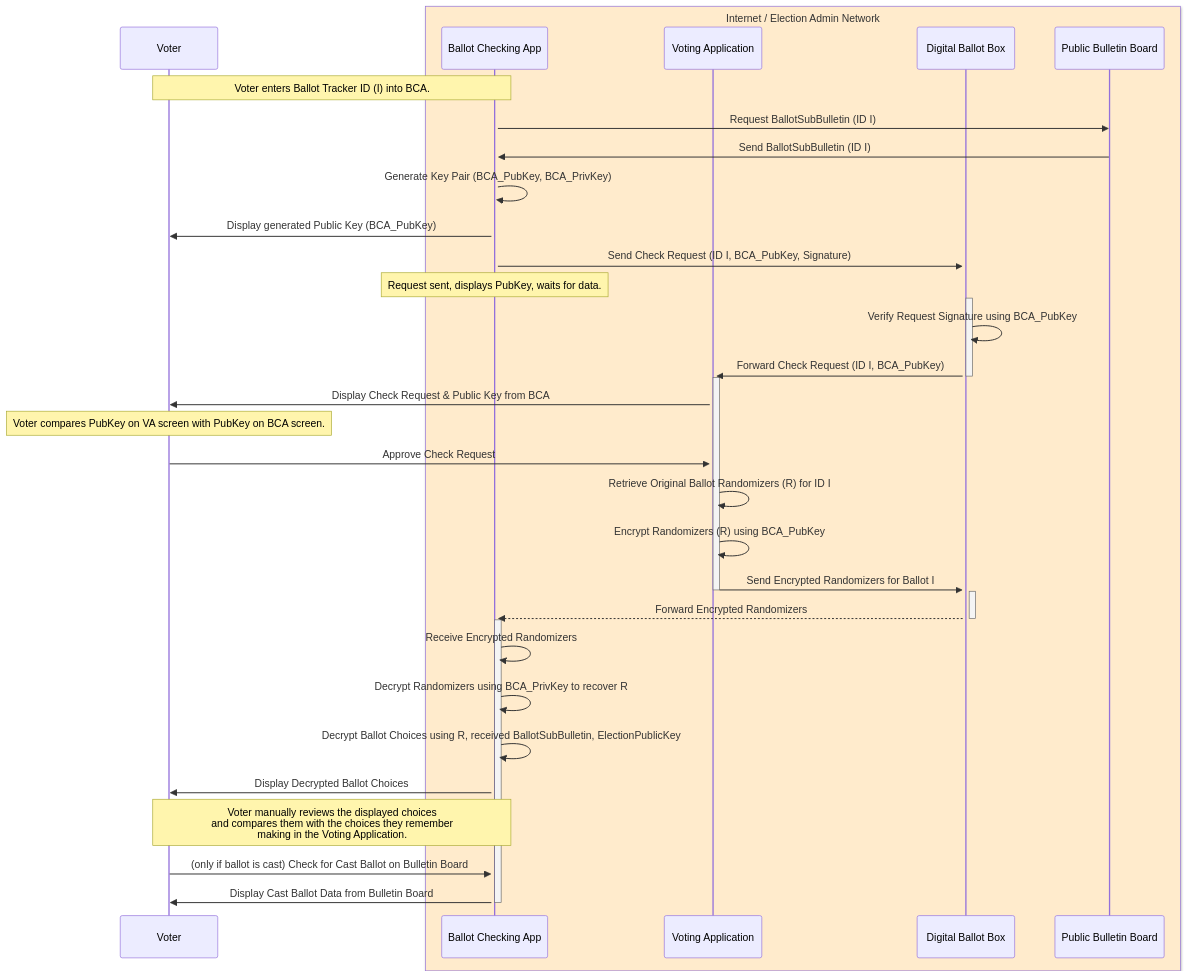
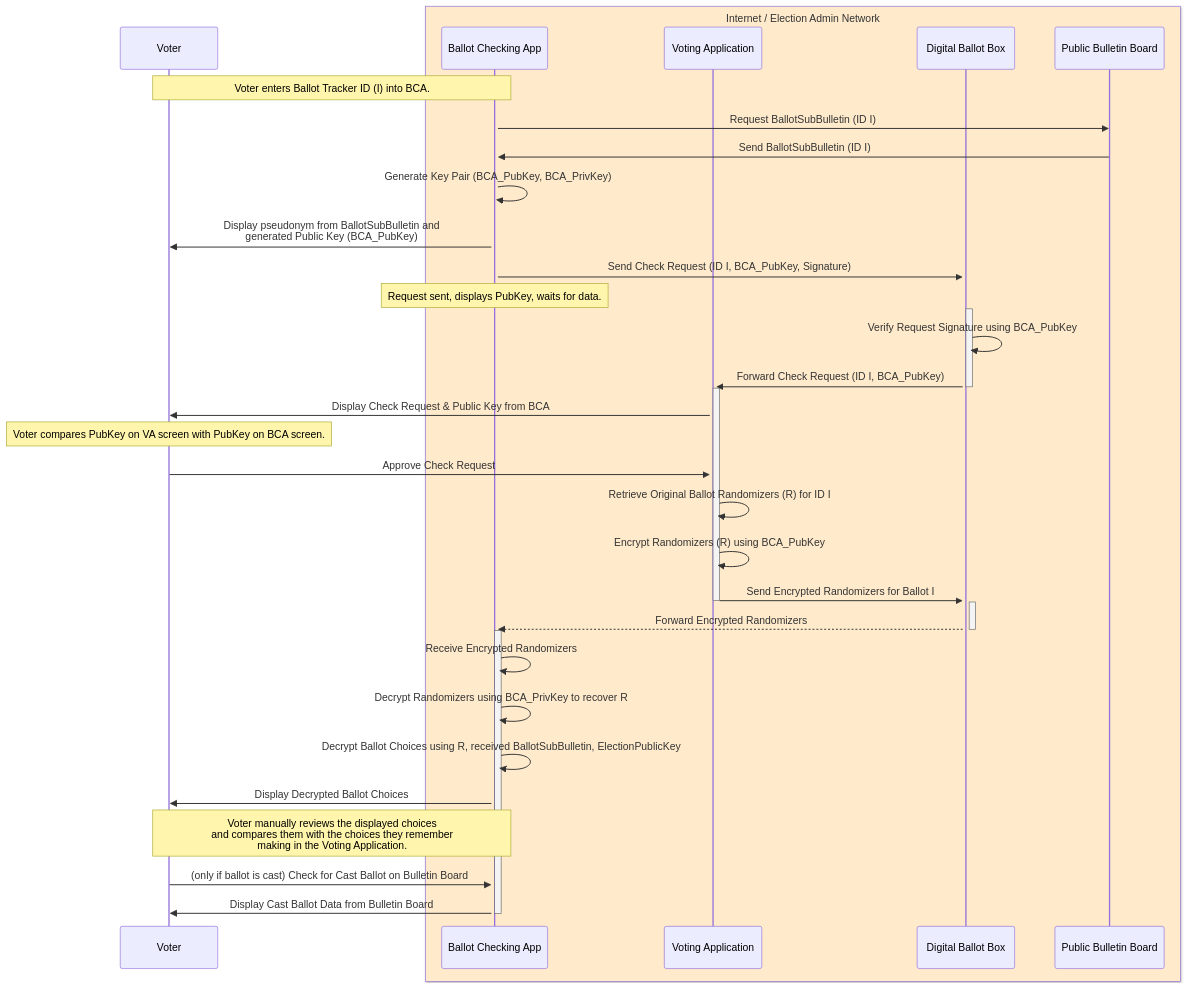
Before and after one commit to FreeAndFair/VoteSecure: the diagram in docs/protocol/diagrams/ballot-check.md, drawn with Mermaid. The commit also changed 8 other files, not shown here.

````diff
--- a/docs/protocol/diagrams/ballot-check.md
+++ b/docs/protocol/diagrams/ballot-check.md
@@ -3,52 +3,52 @@
 ```mermaid
 sequenceDiagram
         participant Voter
     box rgb(255, 235, 204) Internet / Election Admin Network
         participant BCA as Ballot Checking App
         participant VA as Voting Application
         participant DBB as Digital Ballot Box
         participant PBB as Public Bulletin Board
     end
 
     Note over Voter, BCA: Voter enters Ballot Tracker ID (I) into BCA.
     activate BCA
     BCA->>PBB: Request BallotSubBulletin (ID I)
     PBB->>BCA: Send BallotSubBulletin (ID I)
     BCA->>BCA: Generate Key Pair (BCA_PubKey, BCA_PrivKey)
-    BCA->>Voter: Display generated Public Key (BCA_PubKey)
+    BCA->>Voter: Display pseudonym from BallotSubBulletin and<br/>generated Public Key (BCA_PubKey)
     BCA->>+DBB: Send Check Request (ID I, BCA_PubKey, Signature)
     Note over BCA: Request sent, displays PubKey, waits for data.
 
     activate DBB
     DBB->>DBB: Verify Request Signature using BCA_PubKey
     DBB->>+VA: Forward Check Request (ID I, BCA_PubKey)
     deactivate DBB
 
     activate VA
     VA->>Voter: Display Check Request & Public Key from BCA
     Note over Voter: Voter compares PubKey on VA screen with PubKey on BCA screen.
     Voter->>VA: Approve Check Request
     VA->>VA: Retrieve Original Ballot Randomizers (R) for ID I
     VA->>VA: Encrypt Randomizers (R) using BCA_PubKey
     VA->>+DBB: Send Encrypted Randomizers for Ballot I
     deactivate VA
 
     activate DBB
     DBB-->>BCA: Forward Encrypted Randomizers
     deactivate DBB
 
     activate BCA
     BCA->>BCA: Receive Encrypted Randomizers
     BCA->>BCA: Decrypt Randomizers using BCA_PrivKey to recover R
     BCA->>BCA: Decrypt Ballot Choices using R, received BallotSubBulletin, ElectionPublicKey
     BCA->>Voter: Display Decrypted Ballot Choices
 
    Note over Voter, BCA: Voter manually reviews the displayed choices<br/>and compares them with the choices they remember<br/> making in the Voting Application.
 
     Voter->>BCA: (only if ballot is cast) Check for Cast Ballot on Bulletin Board
     BCA->>Voter: Display Cast Ballot Data from Bulletin Board
 
     deactivate BCA
 
 
 ```
````
